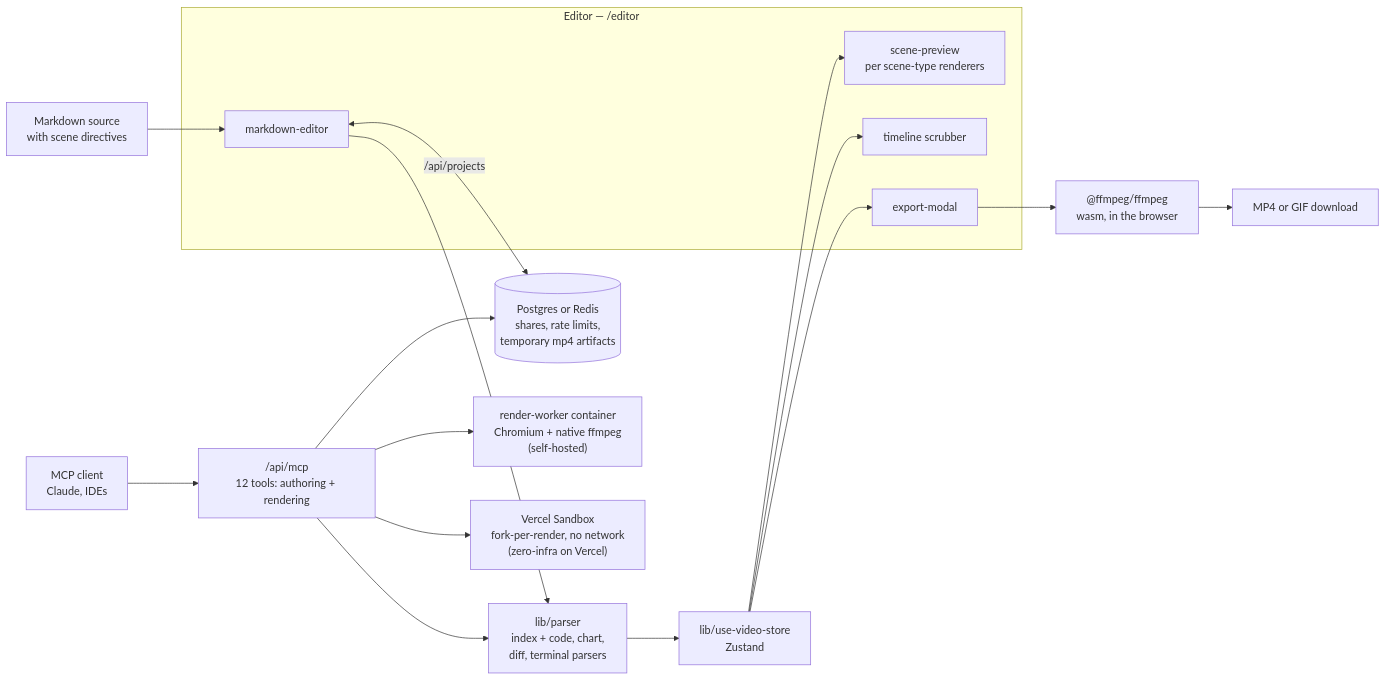
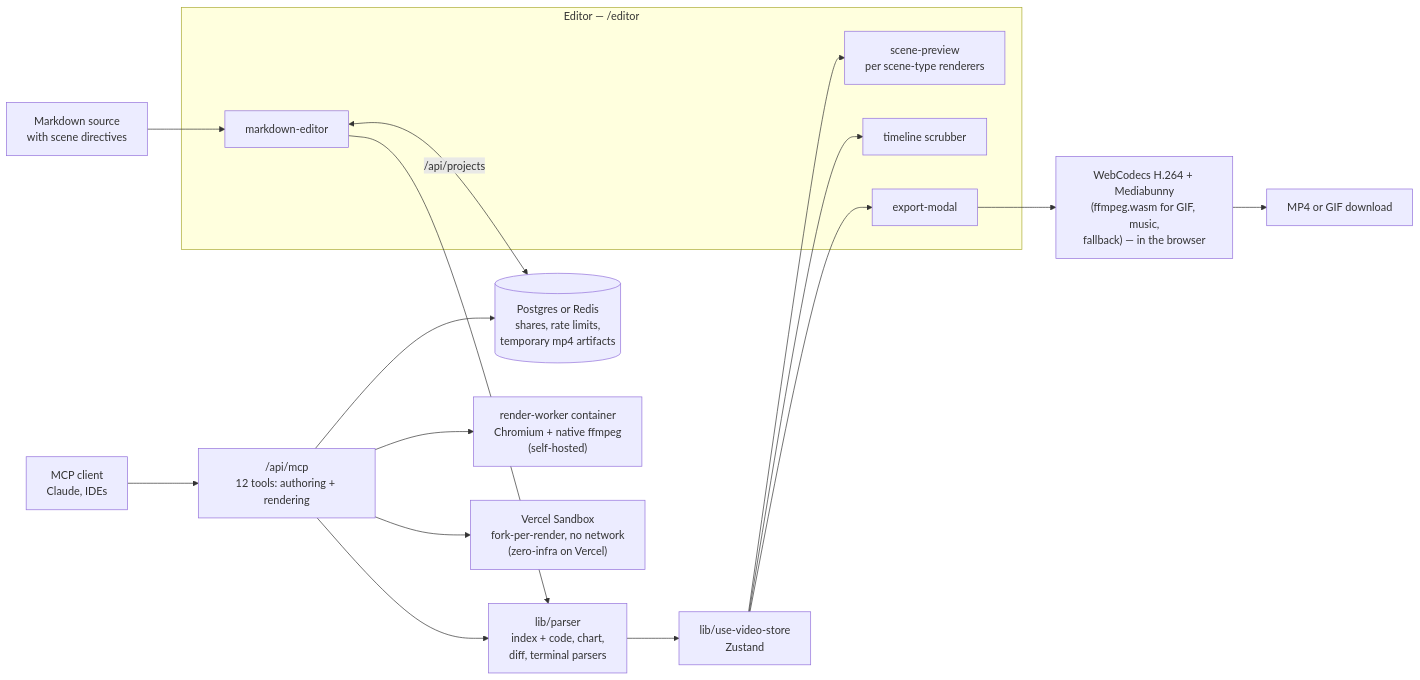
One commit to Avik-creator/markdown_video changed the diagram in README.md. Above: the diagram before and after it, drawn with Mermaid. The commit also changed other lines of this file and 15 other files, not shown here.

First line of the commit message:
feat(web): encode browser MP4 exports with WebCodecs while capturing (#34)

````diff
--- a/README.md
+++ b/README.md
@@ -58,36 +58,36 @@
 ```mermaid
 flowchart LR
     MD["Markdown source<br/>with scene directives"]
     AGENT["MCP client<br/>Claude, IDEs"]
 
     subgraph EDITOR["Editor — /editor"]
         ED["markdown-editor"]
         PREV["scene-preview<br/>per scene-type renderers"]
         TL["timeline scrubber"]
         EXP["export-modal"]
     end
 
     PARSE["lib/parser<br/>index + code, chart,<br/>diff, terminal parsers"]
     STORE["lib/use-video-store<br/>Zustand"]
     MCP["/api/mcp<br/>12 tools: authoring + rendering"]
-    FF["@ffmpeg/ffmpeg<br/>wasm, in the browser"]
+    FF["WebCodecs H.264 + Mediabunny<br/>(ffmpeg.wasm for GIF, music,<br/>fallback) — in the browser"]
     MP4["MP4 or GIF download"]
     DB[("Postgres or Redis<br/>shares, rate limits,<br/>temporary mp4 artifacts")]
     WORKER["render-worker container<br/>Chromium + native ffmpeg<br/>(self-hosted)"]
     SANDBOX["Vercel Sandbox<br/>fork-per-render, no network<br/>(zero-infra on Vercel)"]
 
     MD --> ED
     ED --> PARSE
     PARSE --> STORE
     STORE --> PREV
     STORE --> TL
     STORE --> EXP
     EXP --> FF
     FF --> MP4
     ED <-->|"/api/projects"| DB
     AGENT --> MCP
     MCP --> PARSE
     MCP --> WORKER
     MCP --> SANDBOX
     MCP --> DB
 ```
````
